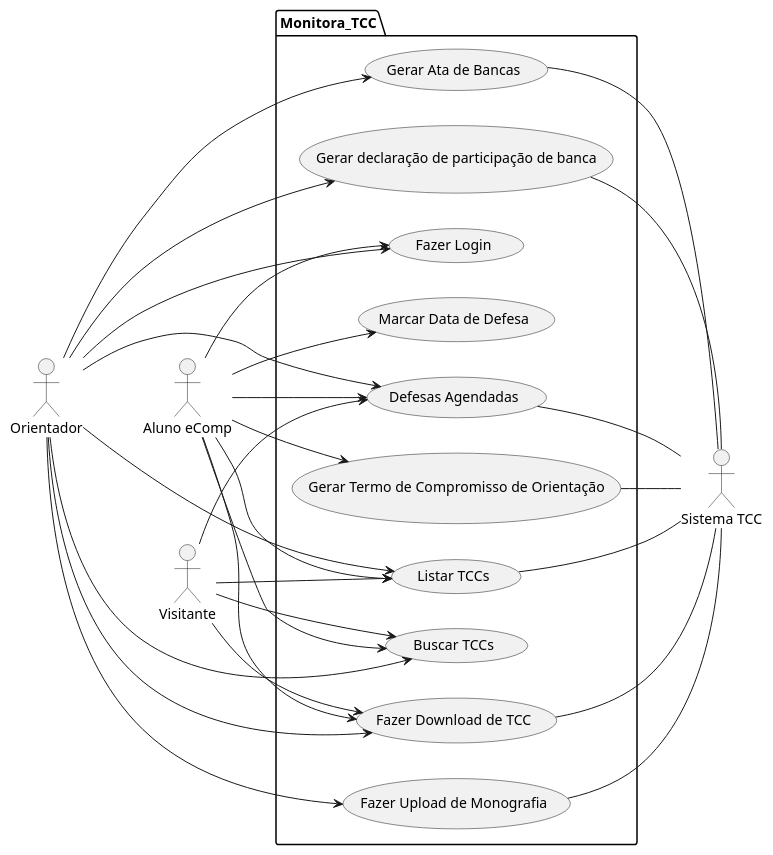
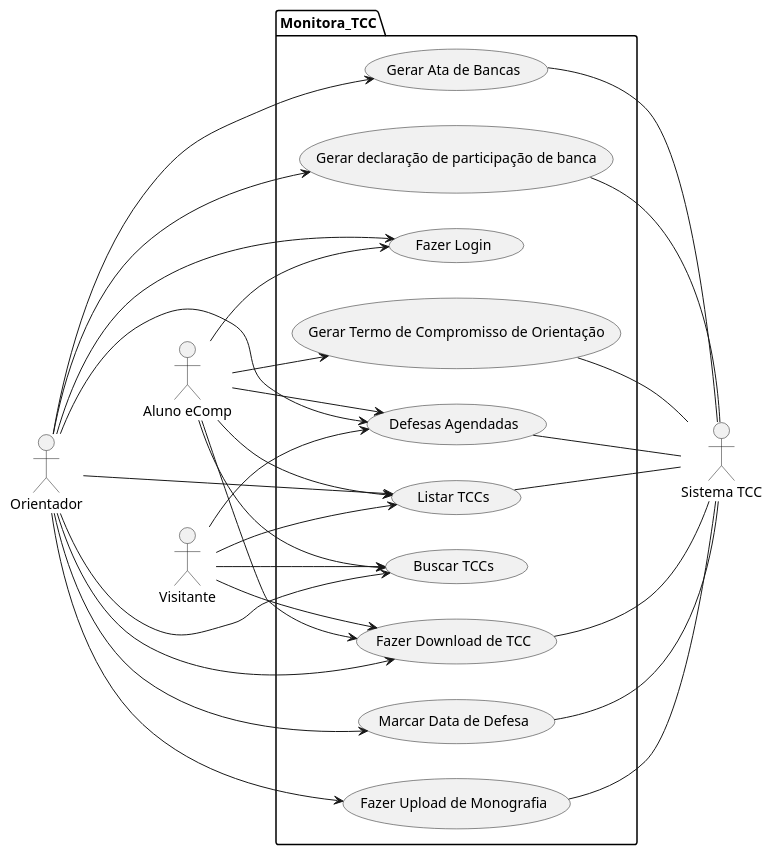
One commit to LMM-Eng-Software/Monitora-TCC changed the diagram in analysis/casos.plantuml. Above: the diagram before and after it, drawn with PlantUML. The commit also changed 5 other files, not shown here.

```diff
--- a/analysis/casos.plantuml
+++ b/analysis/casos.plantuml
@@ -1,54 +1,55 @@
 @startuml casosdeuso
 left to right direction
 
 "Aluno eComp" as Aluno
 "Orientador" as Prof
 "Visitante" as Visit
 
 "Sistema TCC" as Sist
 
 
 package Monitora_TCC {
 "Gerar declaração de participação de banca" as (Participacao)
 "Listar TCCs" as (Listar)
 "Buscar TCCs" as (Buscar)
 "Fazer Download de TCC" as (Download)
 "Fazer Login" as (Login)
 "Marcar Data de Defesa" as (Data)
 "Fazer Upload de Monografia" as (Upload)
 "Gerar Ata de Bancas" as (Atas)
 "Defesas Agendadas" as (Agendar)
 "Gerar Termo de Compromisso de Orientação" as (Compromisso)
 }
 
 :Prof: ---> (Listar)
 :Prof: ---> (Download)
 :Prof: ---> (Buscar)
 :Prof: ---> (Participacao)
 :Prof: ---> (Upload)
 :Prof: ---> (Atas)
+:Prof: ---> (Data)
 :Prof: ---> (Login)
 :Prof: ---> (Agendar)
 
 :Aluno: --> (Listar)
 :Aluno: --> (Download)
 :Aluno: --> (Agendar)
 :Aluno: --> (Buscar)
 :Aluno: --> (Login)
-:Aluno: --> (Data)
 :Aluno: --> (Compromisso)
 
 :Visit: --> (Listar)
 :Visit: --> (Download)
 :Visit: --> (Agendar)
 :Visit: --> (Buscar)
 
 (Participacao) -- :Sist:
 (Upload) -- :Sist:
 (Listar) -- :Sist:
 (Download) -- :Sist:
 (Compromisso) -- :Sist:
 (Agendar) -- :Sist:
 (Atas) -- :Sist:
+(Data) -- :Sist:
 
 @enduml
```
